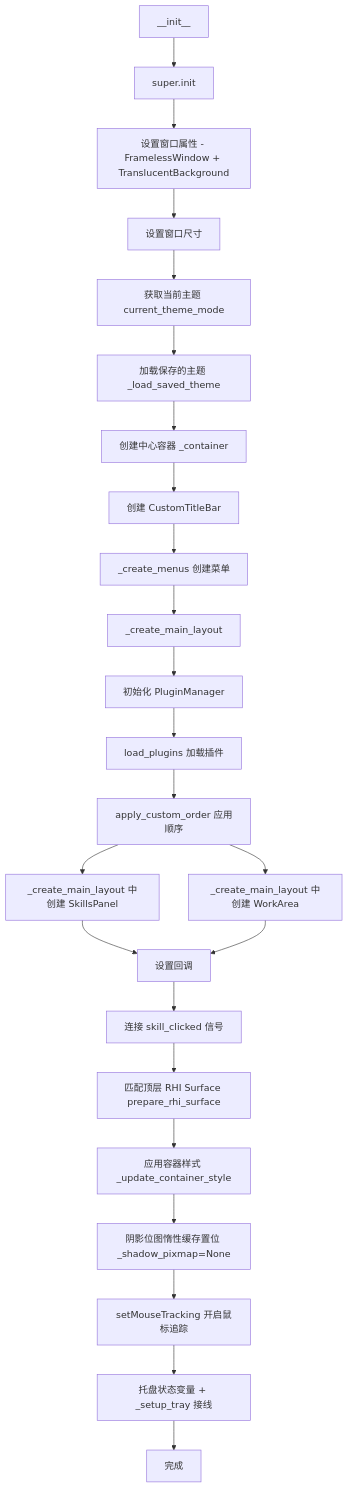
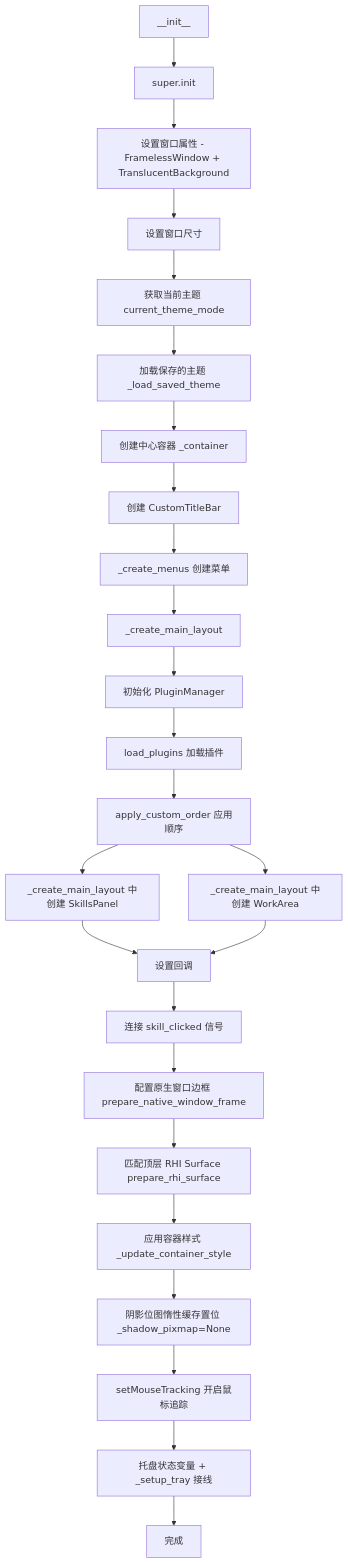
Before and after one commit to KKPIP-Tech/InstructionX: the third of 5 diagrams in docs/ui/main-window.md, drawn with Mermaid. The commit also changed other lines of this file and 7 other files, not shown here.

````diff
--- a/docs/ui/main-window.md
+++ b/docs/ui/main-window.md
@@ -237,28 +237,29 @@
 ```mermaid
 flowchart TD
     A[__init__] --> B[super.init]
     B --> C[设置窗口属性 - FramelessWindow + TranslucentBackground]
     C --> D[设置窗口尺寸]
     D --> E[获取当前主题 current_theme_mode]
     E --> F[加载保存的主题 _load_saved_theme]
     F --> G[创建中心容器 _container]
     G --> H[创建 CustomTitleBar]
     H --> I[_create_menus 创建菜单]
     I --> J[_create_main_layout]
 
     J --> K[初始化 PluginManager]
     K --> L[load_plugins 加载插件]
     L --> M[apply_custom_order 应用顺序]
 
     M --> N[_create_main_layout 中创建 SkillsPanel]
     M --> O[_create_main_layout 中创建 WorkArea]
     N --> P[设置回调]
     O --> P
     P --> Q[连接 skill_clicked 信号]
-    Q --> PW[匹配顶层 RHI Surface prepare_rhi_surface]
+    Q --> NW[配置原生窗口边框 prepare_native_window_frame]
+    NW --> PW[匹配顶层 RHI Surface prepare_rhi_surface]
     PW --> R[应用容器样式 _update_container_style]
     R --> R2[阴影位图惰性缓存置位 _shadow_pixmap=None]
     R2 --> R3[setMouseTracking 开启鼠标追踪]
     R3 --> R4[托盘状态变量 + _setup_tray 接线]
     R4 --> S[完成]
 ```
````
